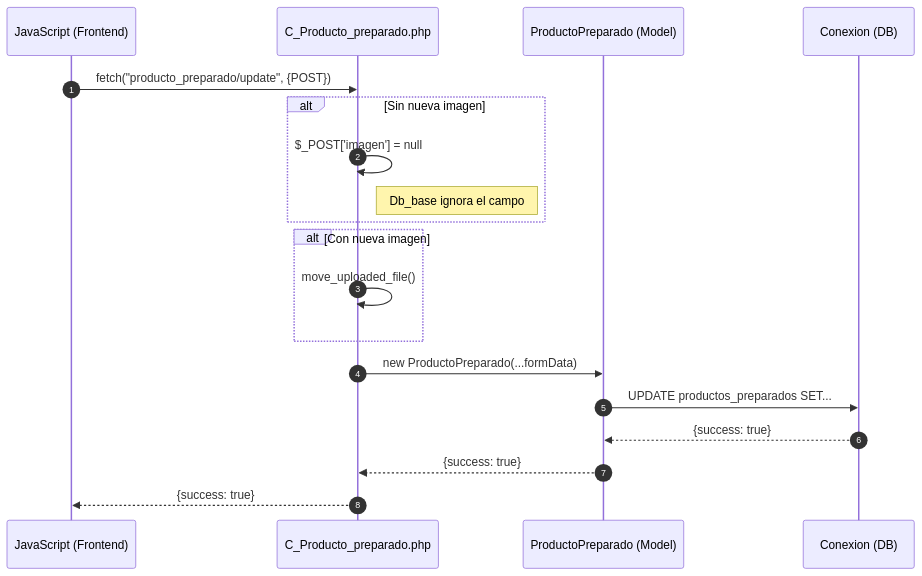
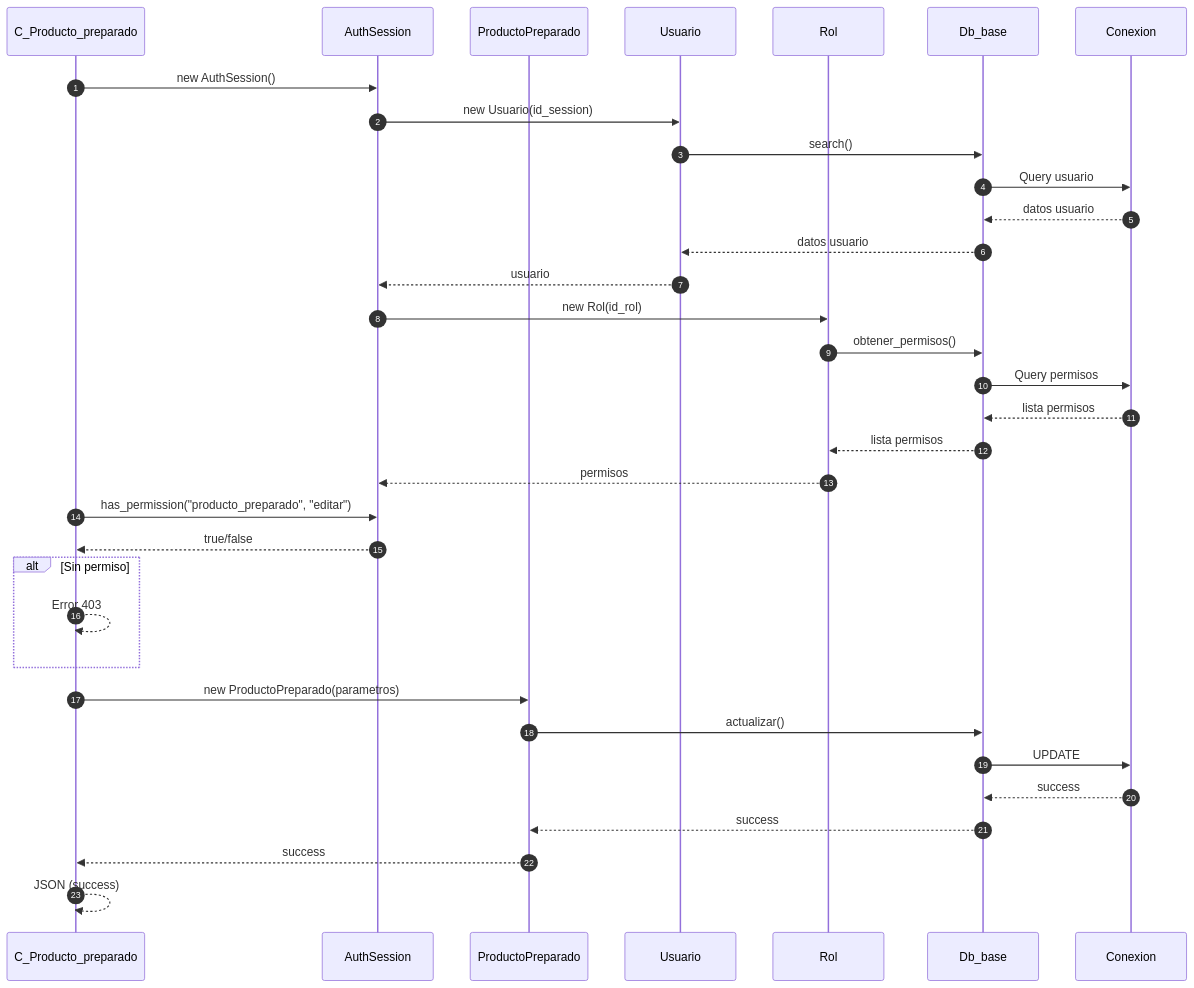
Before and after one commit to Tecrato/BurgerHouse: the third of 4 diagrams in docs/secuencia/productos/producto_preparado.md, drawn with Mermaid. The commit also changed other lines of this file and 13 other files, not shown here.

First line of the commit message:
diagramas actualizaos

````diff
--- a/docs/secuencia/productos/producto_preparado.md
+++ b/docs/secuencia/productos/producto_preparado.md
@@ -62,26 +96,42 @@
 ```mermaid
 sequenceDiagram
     autonumber
-    participant JS as JavaScript (Frontend)
-    participant C_Producto_preparado as C_Producto_preparado.php
-    participant ProductoPreparado as ProductoPreparado (Model)
-    participant DB as Conexion (DB)
+    participant C_Producto_preparado as C_Producto_preparado
+    participant AuthSession as AuthSession
+    participant ProductoPreparado as ProductoPreparado
+    participant Usuario as Usuario
+    participant Rol as Rol
+    participant Db_base as Db_base
+    participant Conexion as Conexion
     
-    JS->>C_Producto_preparado: fetch("producto_preparado/update", {POST})
+    C_Producto_preparado->>AuthSession: new AuthSession()
+    AuthSession->>Usuario: new Usuario(id_session)
+    Usuario->>Db_base: search()
+    Db_base->>Conexion: Query usuario
+    Conexion-->>Db_base: datos usuario
+    Db_base-->>Usuario: datos usuario
+    Usuario-->>AuthSession: usuario
     
-    alt Sin nueva imagen
-        C_Producto_preparado->>C_Producto_preparado: $_POST['imagen'] = null
-        Note right of C_Producto_preparado: Db_base ignora el campo
+    AuthSession->>Rol: new Rol(id_rol)
+    Rol->>Db_base: obtener_permisos()
+    Db_base->>Conexion: Query permisos
+    Conexion-->>Db_base: lista permisos
+    Db_base-->>Rol: lista permisos
+    Rol-->>AuthSession: permisos
+    
+    C_Producto_preparado->>AuthSession: has_permission("producto_preparado", "editar")
+    AuthSession-->>C_Producto_preparado: true/false
+    
+    alt Sin permiso
+        C_Producto_preparado-->>C_Producto_preparado: Error 403
     end
     
-    alt Con nueva imagen
-        C_Producto_preparado->>C_Producto_preparado: move_uploaded_file()
-    end
+    C_Producto_preparado->>ProductoPreparado: new ProductoPreparado(parametros)
+    ProductoPreparado->>Db_base: actualizar()
+    Db_base->>Conexion: UPDATE
+    Conexion-->>Db_base: success
+    Db_base-->>ProductoPreparado: success
+    ProductoPreparado-->>C_Producto_preparado: success
     
-    C_Producto_preparado->>ProductoPreparado: new ProductoPreparado(...formData)
-    ProductoPreparado->>DB: UPDATE productos_preparados SET...
-    DB-->>ProductoPreparado: {success: true}
-    ProductoPreparado-->>C_Producto_preparado: {success: true}
-    
-    C_Producto_preparado-->>JS: {success: true}
+    C_Producto_preparado-->>C_Producto_preparado: JSON (success)
 ```
````
